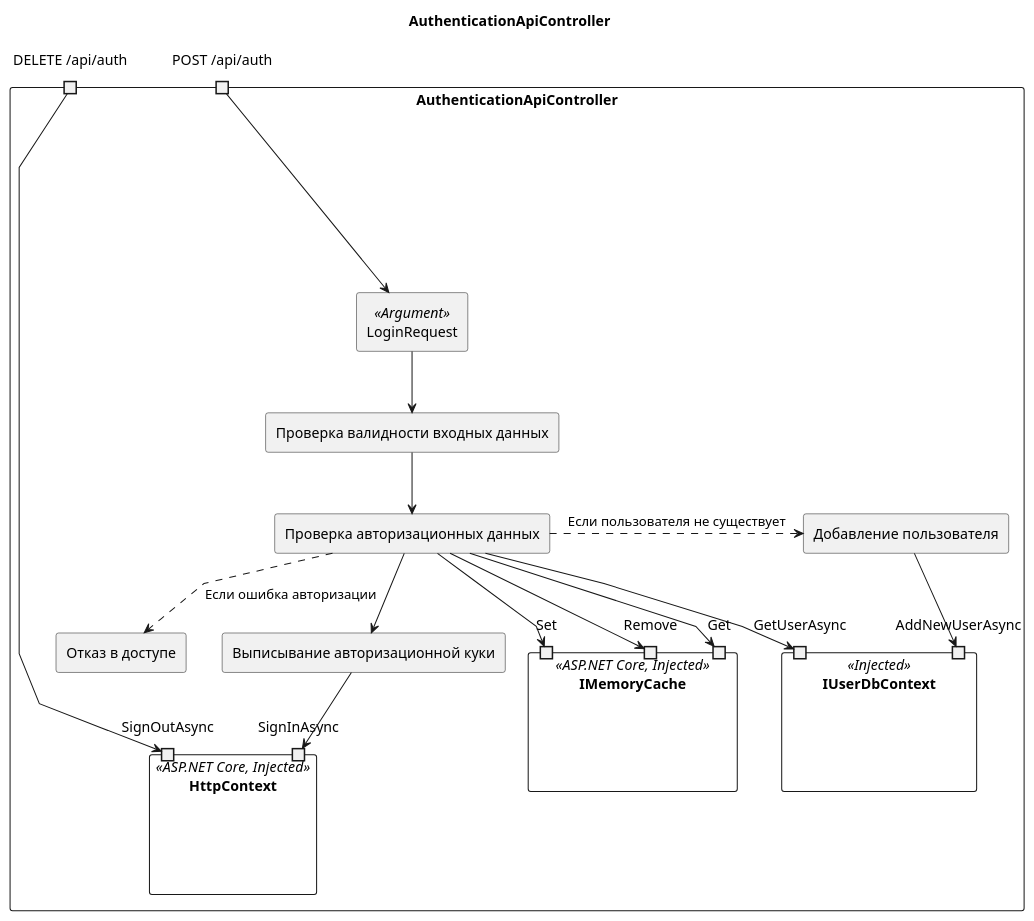
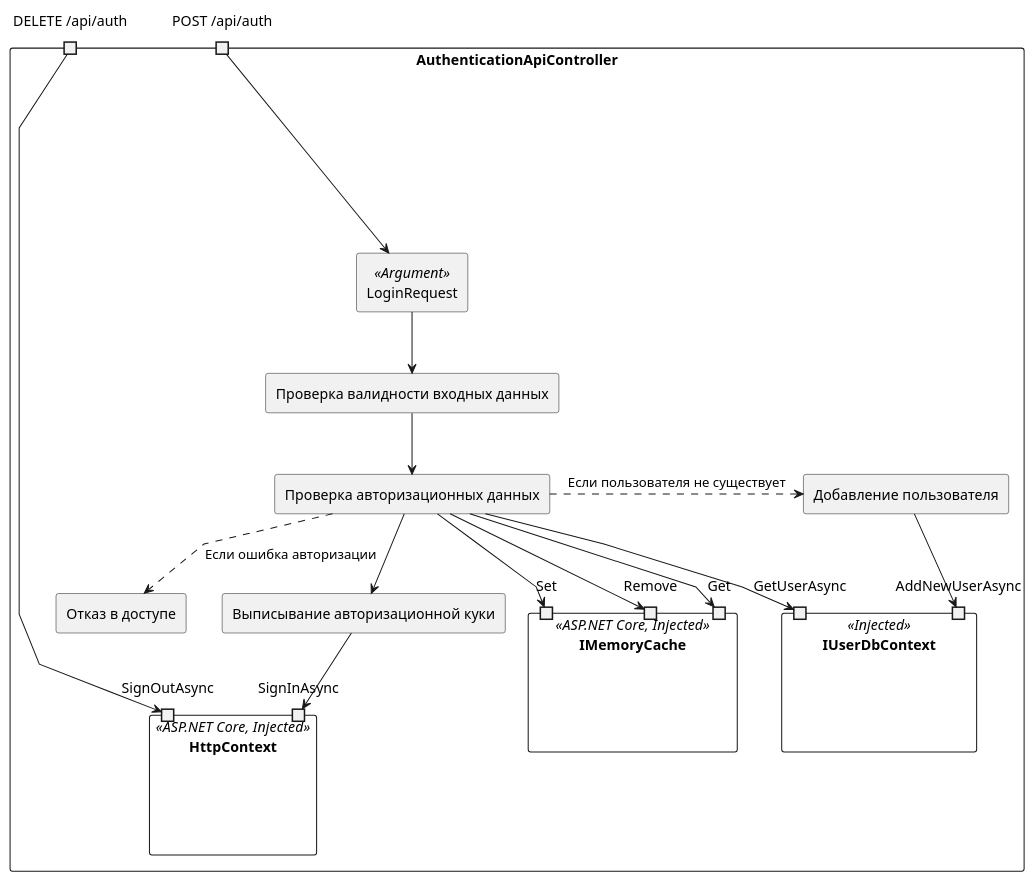
One commit to mrypdm/JobSystem changed the first of 2 diagrams in docs/diagrams/structure/User.WebApp.puml. Above: the diagram before and after it, drawn with PlantUML. The commit also changed other lines of this file and 8 other files, not shown here.

```diff
--- a/docs/diagrams/structure/User.WebApp.puml
+++ b/docs/diagrams/structure/User.WebApp.puml
@@ -1,52 +1,50 @@
 @startuml AuthenticationApiController
 skinparam componentStyle rectangle
 skinparam linetype polyline
-
-title AuthenticationApiController
 
 component AuthenticationApiController {
     component IUserDbContext << Injected >> {
         portin GetUserAsync
         portin AddNewUserAsync
     }
 
     component IMemoryCache << ASP.NET Core, Injected >> {
         portin Get
         portin Set
         portin Remove
     }
 
     component HttpContext << ASP.NET Core, Injected >> {
         portin SignInAsync as context_SignInAsync
         portin SignOutAsync as context_SignOutAsync
     }
 
     portin "DELETE /api/auth" as SignOutAsync
     SignOutAsync --> context_SignOutAsync
 
     portin "POST /api/auth" as SignInAsync
     [LoginRequest] << Argument >>
     [Проверка валидности входных данных] as validateInput
     [Проверка авторизационных данных] as validateCreds
     [Добавление пользователя] as signUp
     [Выписывание авторизационной куки] as cookie
     [Отказ в доступе] as fail
 
     SignInAsync --> LoginRequest
     LoginRequest --> validateInput
     validateInput --> validateCreds
 
     validateCreds .> signUp : Если пользователя не существует
     signUp --> AddNewUserAsync
 
     validateCreds --> Get
     validateCreds --> Set
     validateCreds --> Remove
     validateCreds --> GetUserAsync
     validateCreds --> cookie
     cookie --> context_SignInAsync
 
     validateCreds ..> fail : Если ошибка авторизации
 }
 
 @enduml
```
